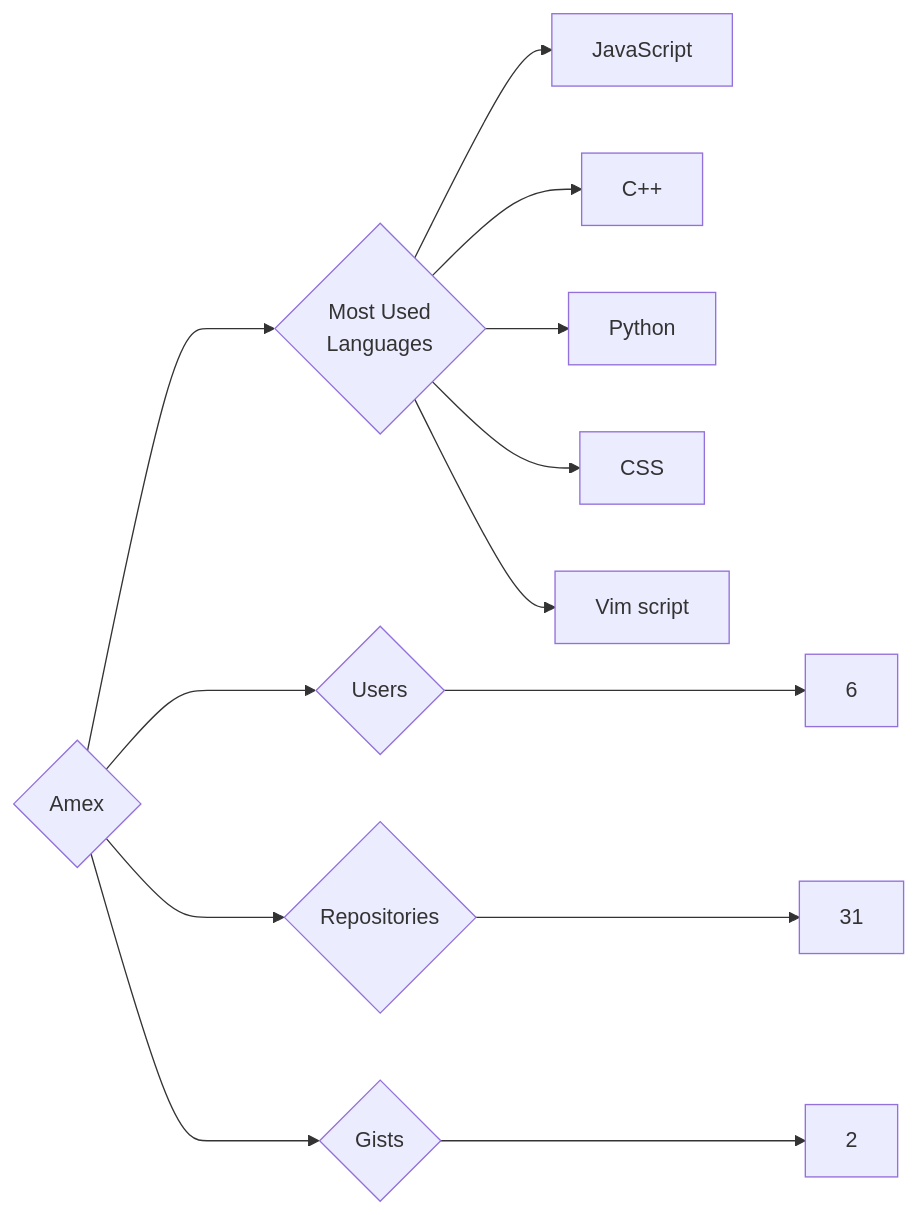
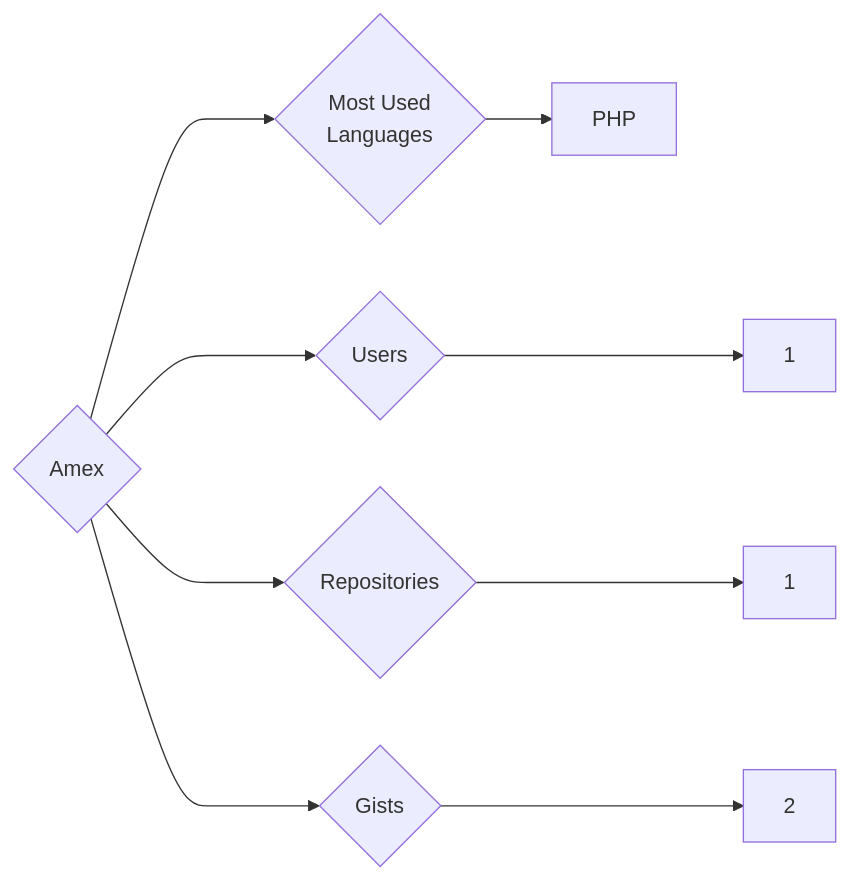
One commit to trickest/insiders changed the diagram in targets/Amex/README.md. Above: the diagram before and after it, drawn with Mermaid. The commit also changed 826 other files, not shown here.

````diff
--- a/targets/Amex/README.md
+++ b/targets/Amex/README.md
@@ -3,13 +3,9 @@
 ```mermaid
 graph LR
 COMPANY_NAME{Amex}
-COMPANY_NAME ---> U{Users} ---> UN[6]
-COMPANY_NAME ---> R{Repositories} ---> RN[31]
+COMPANY_NAME ---> U{Users} ---> UN[1]
+COMPANY_NAME ---> R{Repositories} ---> RN[1]
 COMPANY_NAME ---> G{Gists} ---> GN[2]
 COMPANY_NAME ---> ML{Most Used<br>Languages}
-ML --> JavaScript[JavaScript]
-ML --> C++[C++]
-ML --> Python[Python]
-ML --> CSS[CSS]
-ML --> Vim_script[Vim script]
+ML --> PHP[PHP]
 ```
````
